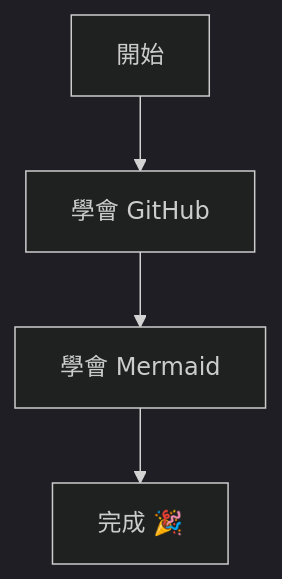
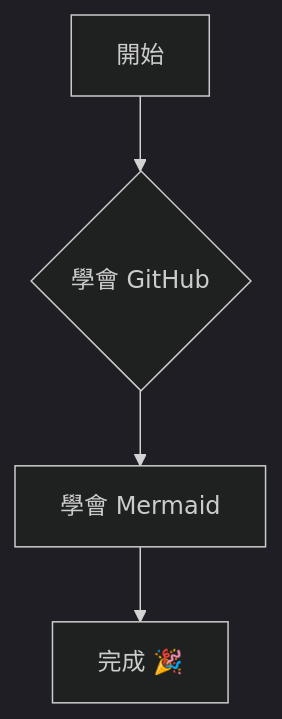
One commit to Jeanna1112/test changed the diagram in README.md. Above: the diagram before and after it, drawn with Mermaid (dark theme).

````diff
--- a/README.md
+++ b/README.md
@@ -2,6 +2,6 @@
 ```mermaid
 graph TD
-    A[開始] --> B[學會 GitHub]
+    A[開始] --> B{學會 GitHub}
     B --> C[學會 Mermaid]
     C --> D[完成 🎉]
 ```
````
